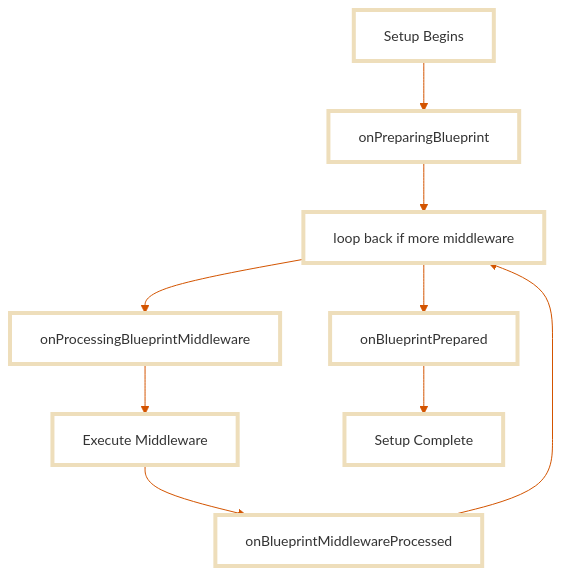
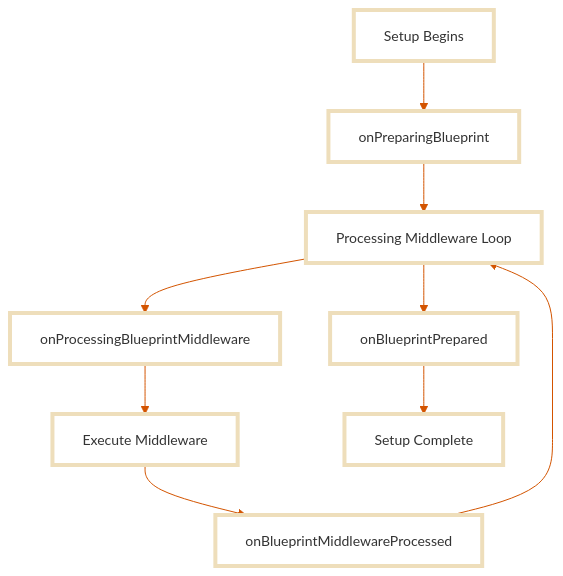
One commit to stonemjs/docs changed the second of 2 diagrams in src/docs/architecture/blueprint.md. Above: the diagram before and after it, drawn with Mermaid. The commit also changed other lines of this file and 9 other files, not shown here.

````diff
--- a/src/docs/architecture/blueprint.md
+++ b/src/docs/architecture/blueprint.md
@@ -531,28 +531,28 @@
 ```mermaid
 %%{init: {"theme": "base", "themeVariables": {
   "fontSize": "14px",
   "lineColor": "#d35400"
 }}}%%
 flowchart TD
     A[Setup Begins] --> B[onPreparingBlueprint]
     B --> C[Processing Middleware Loop]
 
     C --> D1[onProcessingBlueprintMiddleware]
     D1 --> D2[Execute Middleware]
     D2 --> D3[onBlueprintMiddlewareProcessed]
 
-    D3 --> C[loop back if more middleware]
+    D3 --> C[Processing Middleware Loop]
 
     C --> E[onBlueprintPrepared]
     E --> F[Setup Complete]
 
 %% Styling for all nodes
     style A stroke-width:4px,fill:#FFFFFF
     style B stroke-width:4px,fill:#FFFFFF
     style C stroke-width:4px,fill:#FFFFFF
     style D1 stroke-width:4px,fill:#FFFFFF
     style D2 stroke-width:4px,fill:#FFFFFF
     style D3 stroke-width:4px,fill:#FFFFFF
     style E stroke-width:4px,fill:#FFFFFF
     style F stroke-width:4px,fill:#FFFFFF
 ```
````
